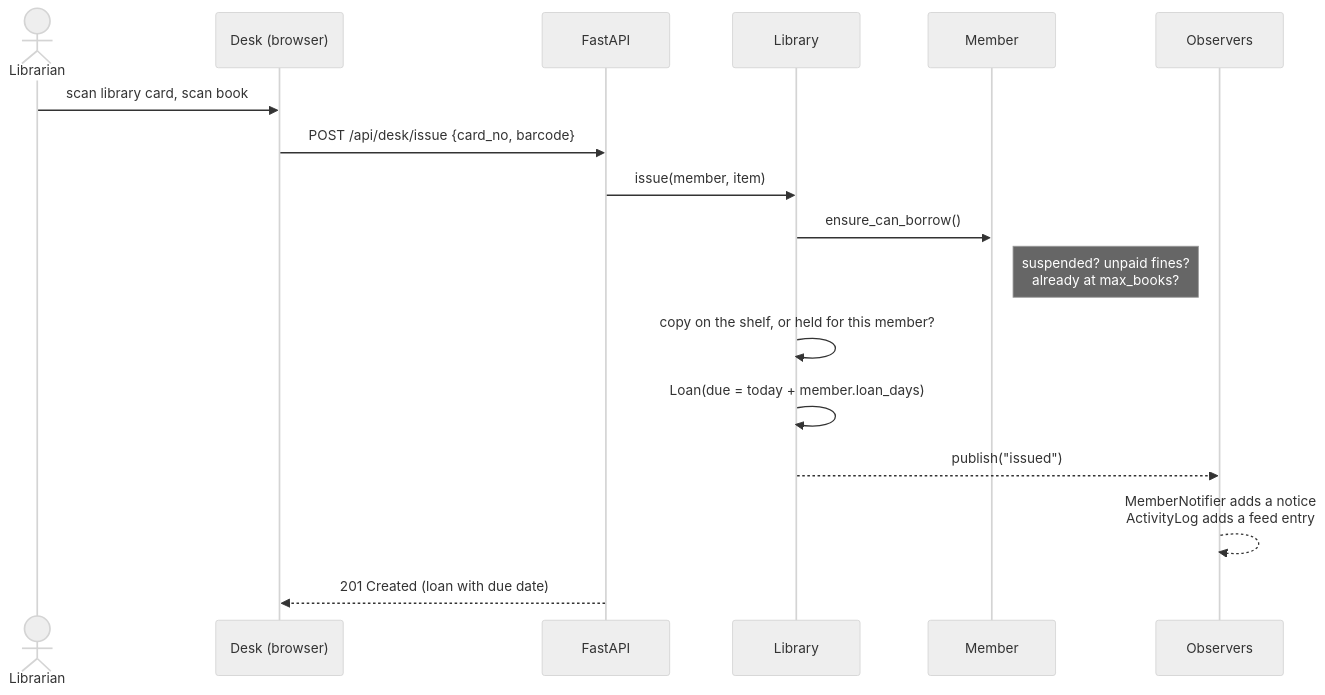
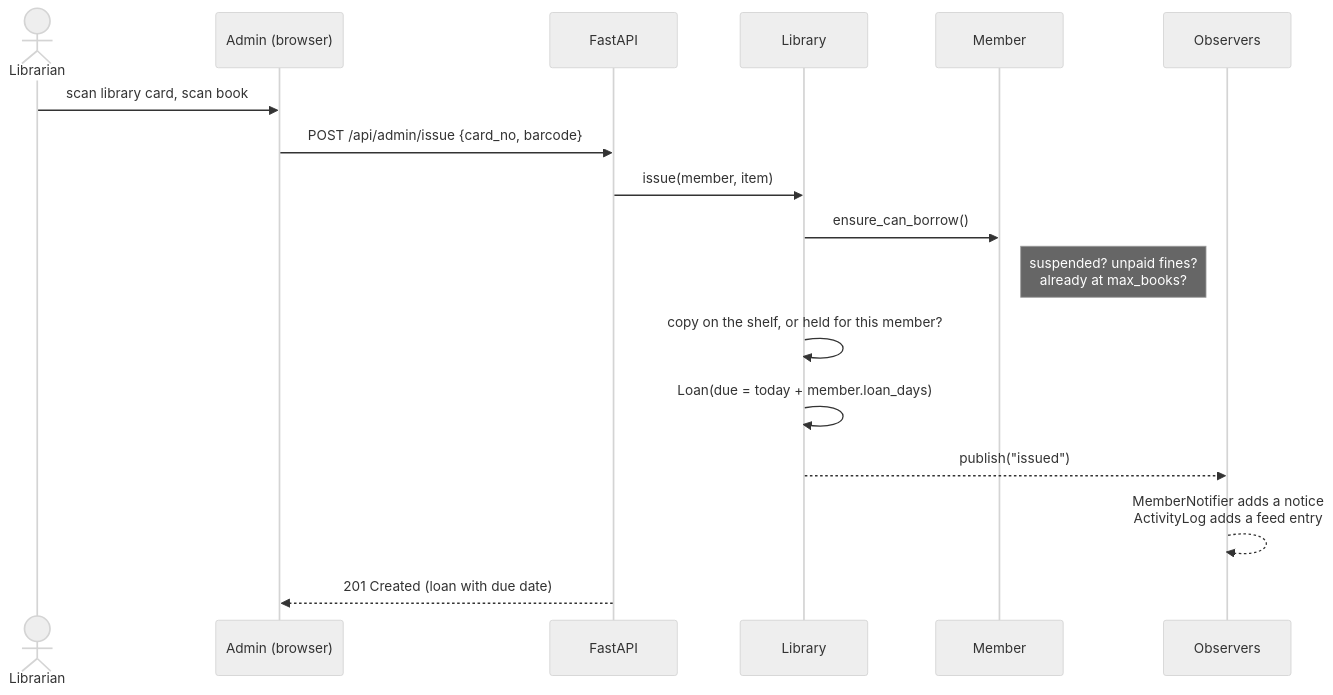
One commit to AarushCh/Shelfmark changed the third of 6 diagrams in README.md. Above: the diagram before and after it, drawn with Mermaid (neutral theme). The commit also changed other lines of this file and 5 other files, not shown here.

````diff
--- a/README.md
+++ b/README.md
@@ -194,19 +199,19 @@
 ```mermaid
 sequenceDiagram
     actor L as Librarian
-    participant D as Desk (browser)
+    participant D as Admin (browser)
     participant A as FastAPI
     participant Lib as Library
     participant M as Member
     participant O as Observers
     L->>D: scan library card, scan book
-    D->>A: POST /api/desk/issue {card_no, barcode}
+    D->>A: POST /api/admin/issue {card_no, barcode}
     A->>Lib: issue(member, item)
     Lib->>M: ensure_can_borrow()
     Note right of M: suspended? unpaid fines?<br/>already at max_books?
     Lib->>Lib: copy on the shelf, or held for this member?
     Lib->>Lib: Loan(due = today + member.loan_days)
     Lib-->>O: publish("issued")
     O-->>O: MemberNotifier adds a notice<br/>ActivityLog adds a feed entry
     A-->>D: 201 Created (loan with due date)
 ```
````
